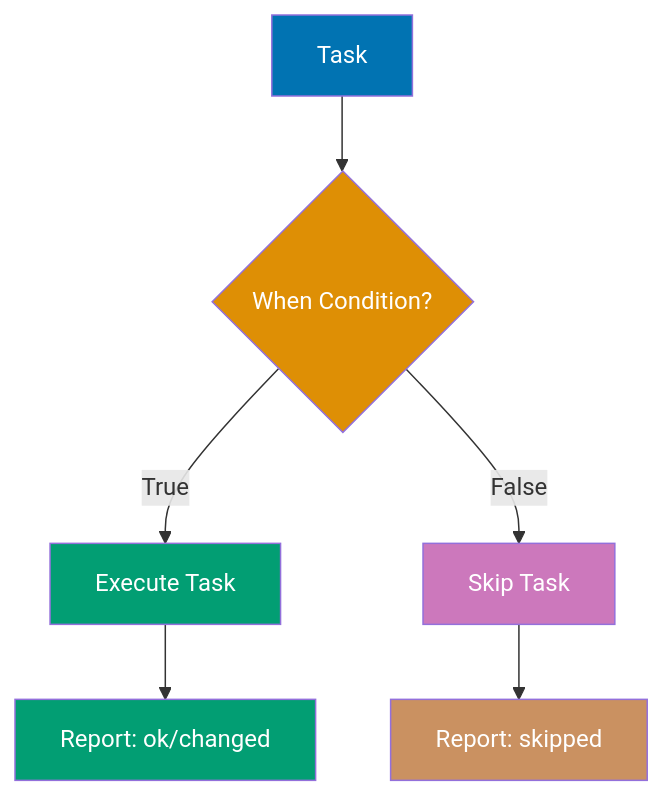
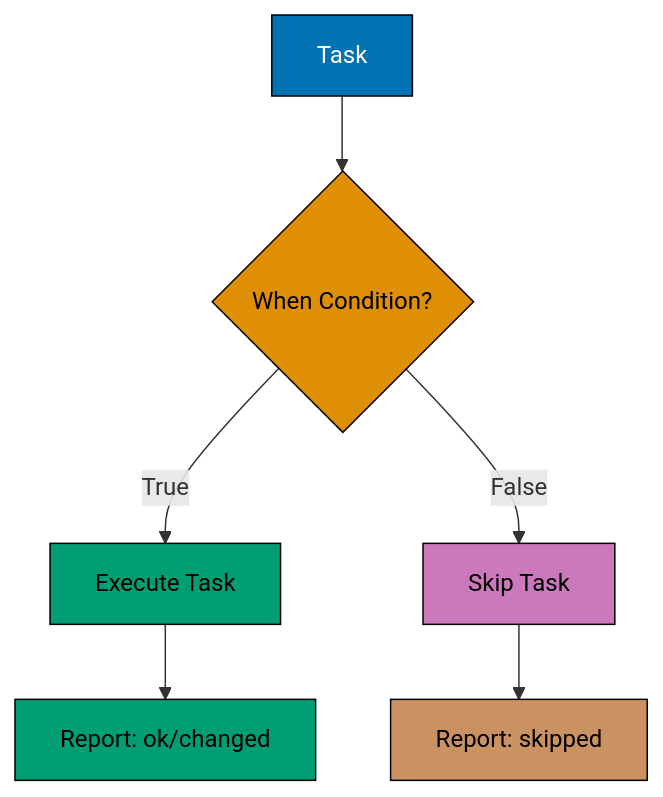
One commit to wahidyankf/ose-public changed the eighth of 8 diagrams in apps/ayokoding-www/content/en/learn/legacy/software-engineering/infrastructure/tools/ansible/by-example/beginner.md. Above: the diagram before and after it, drawn with Mermaid. The commit also changed other lines of this file and 131 other files, not shown here.

First line of the commit message:
fix(mermaid): bring the legacy data, infrastructure, and testing diagrams onto the accessible palette

````diff
--- a/apps/ayokoding-www/content/en/learn/legacy/software-engineering/infrastructure/tools/ansible/by-example/beginner.md
+++ b/apps/ayokoding-www/content/en/learn/legacy/software-engineering/infrastructure/tools/ansible/by-example/beginner.md
@@ -2644,16 +2699,24 @@
 ```mermaid
 %% Color Palette: Blue #0173B2, Orange #DE8F05, Teal #029E73, Purple #CC78BC, Brown #CA9161
 graph TD
+ accTitle: Example 23: When Conditionals
+ accDescr: Graph with 6 nodes and 5 connections. Nodes: Task, When Condition?, Execute Task, Skip Task, Report: ok/changed, Report: skipped. Connections: Task to When Condition?, When Condition? to Execute Task (True), When Condition? to Skip Task (False), Execute Task to Report: ok/changed, Skip Task to Report: skipped.
  A["Task"] --> B{When Condition?}
  B -->|True| C["Execute Task"]
  B -->|False| D["Skip Task"]
  C --> E["Report: ok/changed"]
  D --> F["Report: skipped"]
 
- style A fill:#0173B2,color:#fff
- style B fill:#DE8F05,color:#fff
- style C fill:#029E73,color:#fff
- style D fill:#CC78BC,color:#fff
- style E fill:#029E73,color:#fff
- style F fill:#CA9161,color:#fff
+ classDef pal-0173B2 fill:#0173B2,stroke:#000000,color:#FFFFFF
+ class A pal-0173B2
+ classDef pal-DE8F05 fill:#DE8F05,stroke:#000000,color:#000000
+ class B pal-DE8F05
+ classDef pal-029E73 fill:#029E73,stroke:#000000,color:#000000
+ class C pal-029E73
+ classDef pal-CC78BC fill:#CC78BC,stroke:#000000,color:#000000
+ class D pal-CC78BC
+ class E pal-029E73
+ classDef pal-CA9161 fill:#CA9161,stroke:#000000,color:#000000
+ class F pal-CA9161
+ classDef default fill:#FFFFFF,stroke:#000000,color:#000000
 ```
````
